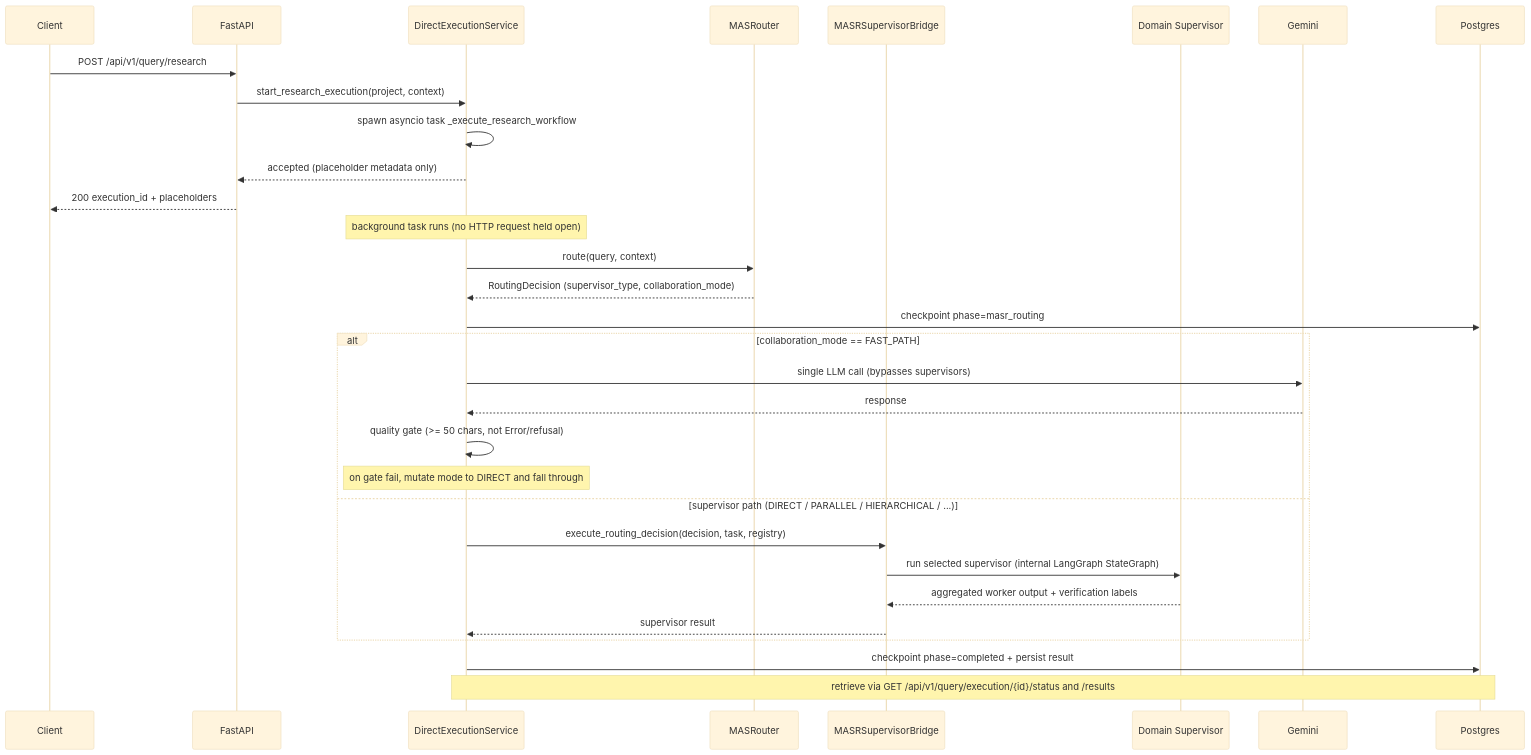
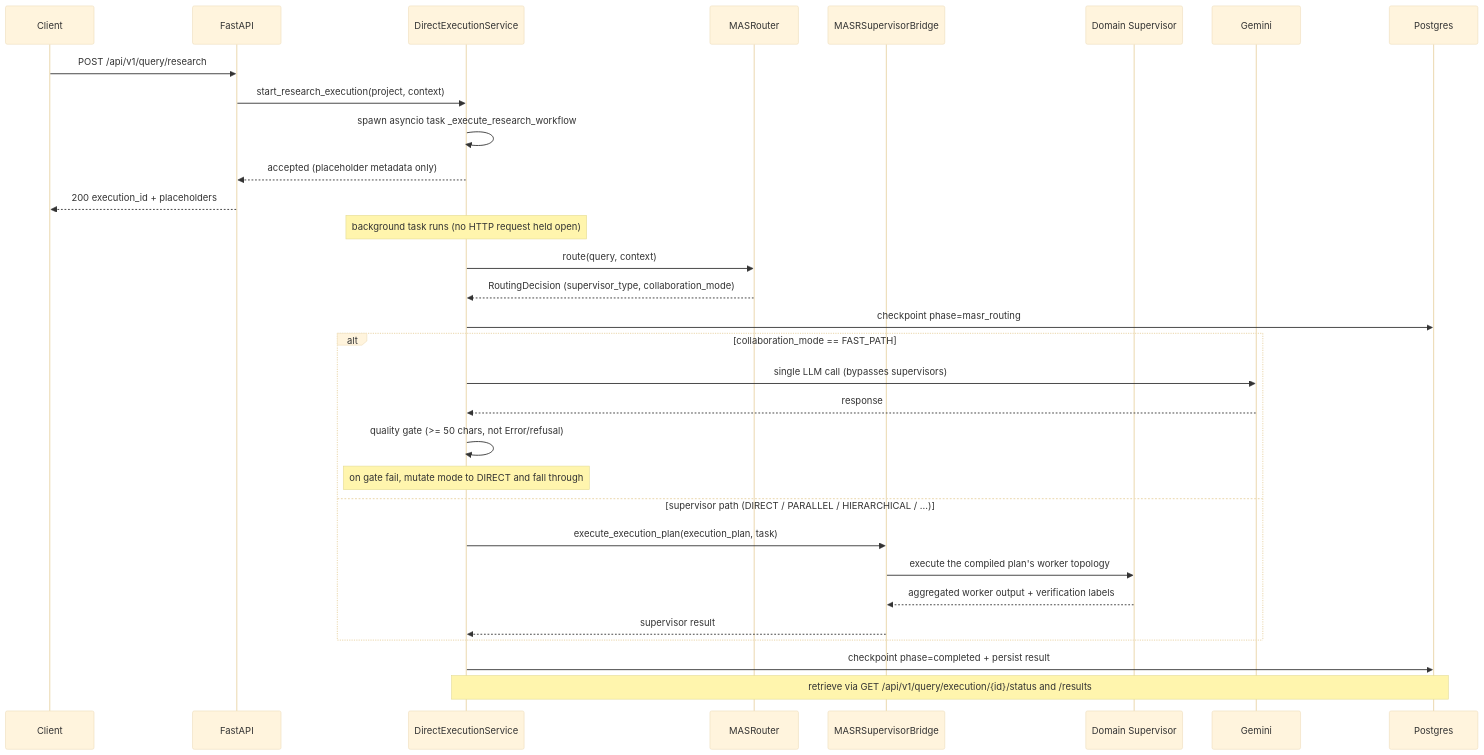
Before and after one commit to jsogarro/cerebro: the first of 10 diagrams in docs/workflow-sequence-diagrams.md, drawn with Mermaid (base theme). The commit also changed 23 other files, not shown here.

````diff
--- a/docs/workflow-sequence-diagrams.md
+++ b/docs/workflow-sequence-diagrams.md
@@ -40,38 +40,38 @@
 ```mermaid
 sequenceDiagram
     participant Client
     participant API as FastAPI
     participant DES as DirectExecutionService
     participant MASR as MASRouter
     participant Bridge as MASRSupervisorBridge
     participant Sup as Domain Supervisor
     participant Gemini
     participant DB as Postgres
 
     Client->>API: POST /api/v1/query/research
     API->>DES: start_research_execution(project, context)
     DES->>DES: spawn asyncio task _execute_research_workflow
     DES-->>API: accepted (placeholder metadata only)
     API-->>Client: 200 execution_id + placeholders
 
     Note over DES: background task runs (no HTTP request held open)
 
     DES->>MASR: route(query, context)
     MASR-->>DES: RoutingDecision (supervisor_type, collaboration_mode)
     DES->>DB: checkpoint phase=masr_routing
 
     alt collaboration_mode == FAST_PATH
         DES->>Gemini: single LLM call (bypasses supervisors)
         Gemini-->>DES: response
         DES->>DES: quality gate (>= 50 chars, not Error/refusal)
         Note over DES: on gate fail, mutate mode to DIRECT and fall through
     else supervisor path (DIRECT / PARALLEL / HIERARCHICAL / ...)
-        DES->>Bridge: execute_routing_decision(decision, task, registry)
-        Bridge->>Sup: run selected supervisor (internal LangGraph StateGraph)
+        DES->>Bridge: execute_execution_plan(execution_plan, task)
+        Bridge->>Sup: execute the compiled plan's worker topology
         Sup-->>Bridge: aggregated worker output + verification labels
         Bridge-->>DES: supervisor result
     end
 
     DES->>DB: checkpoint phase=completed + persist result
     Note over DES,DB: retrieve via GET /api/v1/query/execution/{id}/status and /results
 ```
````
